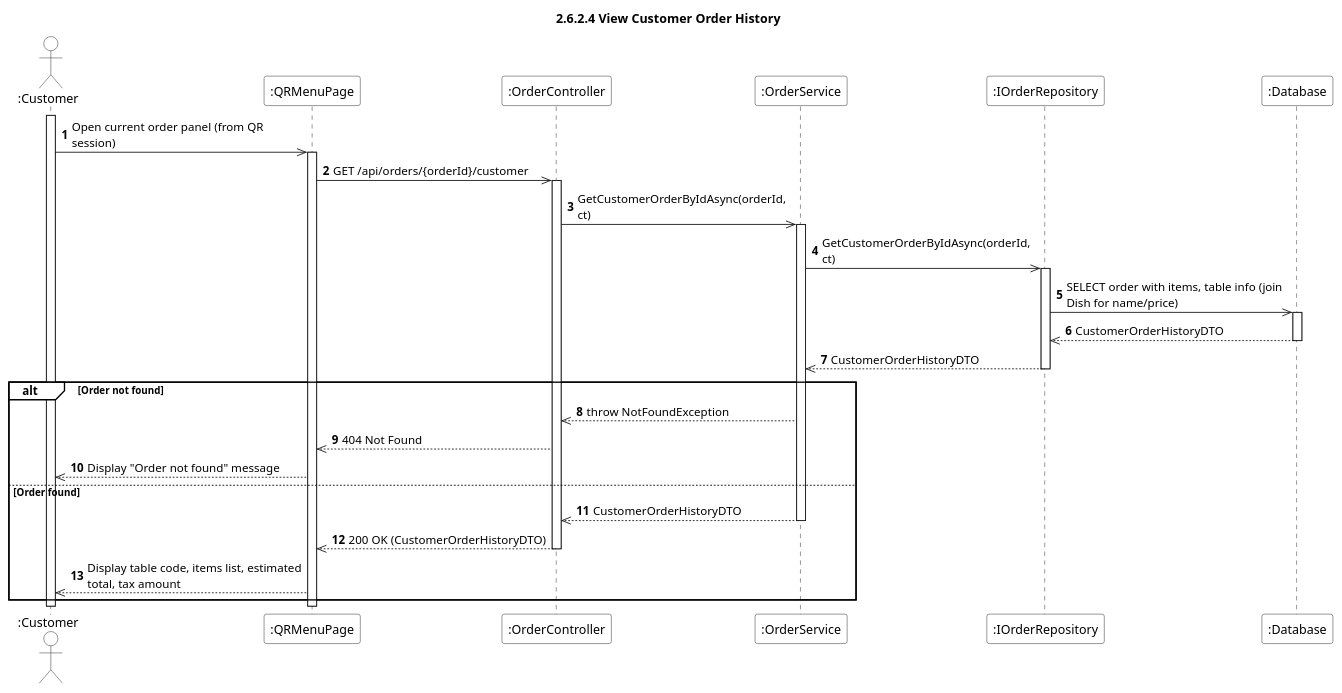
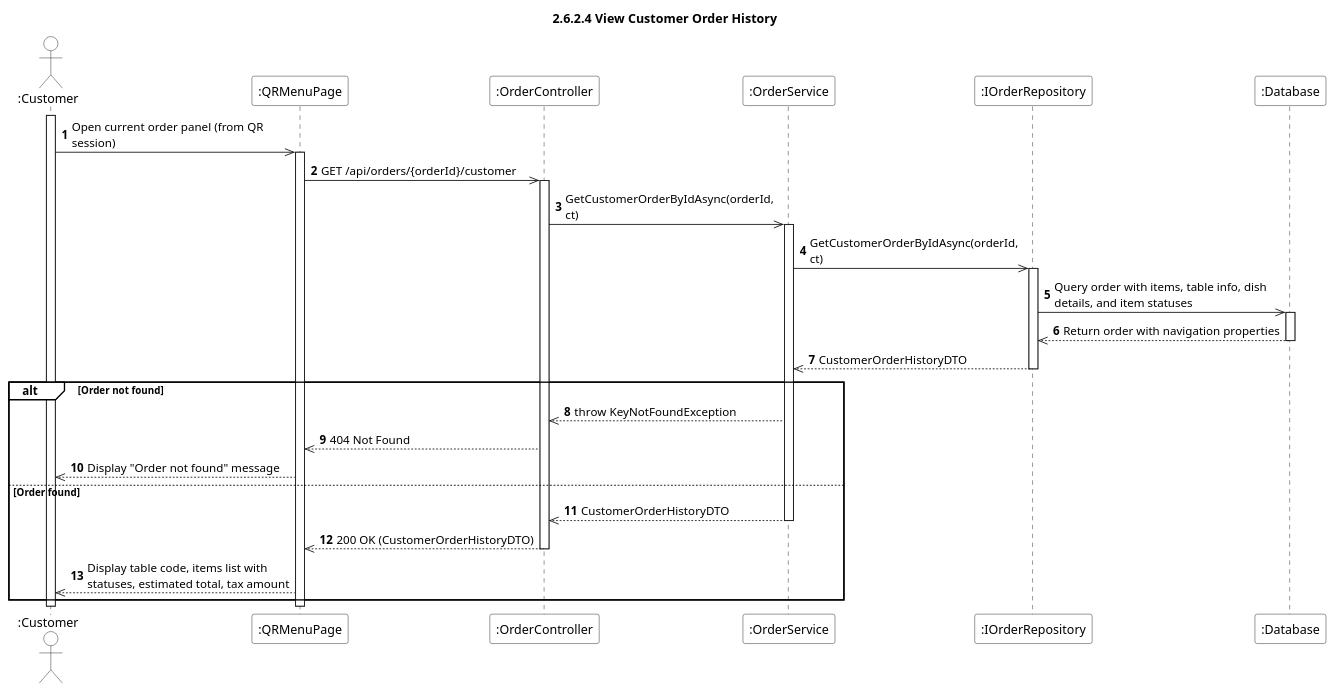
One commit to aulacvietnameseeatery-source/aulac_be changed the diagram in Docs/Software Design Specification/Order Management/sequence-diagrams/2.6.2.4-view-customer-order-history.puml. Above: the diagram before and after it, drawn with PlantUML. The commit also changed 21 other files, not shown here.

```diff
--- a/Docs/Software Design Specification/Order Management/sequence-diagrams/2.6.2.4-view-customer-order-history.puml
+++ b/Docs/Software Design Specification/Order Management/sequence-diagrams/2.6.2.4-view-customer-order-history.puml
@@ -1,56 +1,56 @@
 @startuml
 title 2.6.2.4 View Customer Order History
 
 skinparam maxMessageSize 250
 skinparam sequence {
     ParticipantBackgroundColor #ffffff
     ActorBackgroundColor #ffffff
 }
 
 autonumber
 
 actor ":Customer" as U
 participant ":QRMenuPage" as Client
 participant ":OrderController" as Ctrl
 participant ":OrderService" as Svc
 participant ":IOrderRepository" as OrderRepo
 participant ":Database" as DB
 
 activate U
 
 U ->> Client : Open current order panel (from QR session)
 activate Client
 
 Client ->> Ctrl : GET /api/orders/{orderId}/customer
 activate Ctrl
 
 Ctrl ->> Svc : GetCustomerOrderByIdAsync(orderId, ct)
 activate Svc
 
 Svc ->> OrderRepo : GetCustomerOrderByIdAsync(orderId, ct)
 activate OrderRepo
-OrderRepo ->> DB : SELECT order with items, table info (join Dish for name/price)
+OrderRepo ->> DB : Query order with items, table info, dish details, and item statuses
 activate DB
-DB -->> OrderRepo : CustomerOrderHistoryDTO
+DB -->> OrderRepo : Return order with navigation properties
 deactivate DB
 OrderRepo -->> Svc : CustomerOrderHistoryDTO
 deactivate OrderRepo
 
 alt#White Order not found
-    Svc -->> Ctrl : throw NotFoundException
+    Svc -->> Ctrl : throw KeyNotFoundException
     Ctrl -->> Client : 404 Not Found
     Client -->> U : Display "Order not found" message
 else Order found
     Svc -->> Ctrl : CustomerOrderHistoryDTO
     deactivate Svc
 
     Ctrl -->> Client : 200 OK (CustomerOrderHistoryDTO)
     deactivate Ctrl
 
-    Client -->> U : Display table code, items list, estimated total, tax amount
+    Client -->> U : Display table code, items list with statuses, estimated total, tax amount
 end
 
 deactivate Client
 deactivate U
 
 @enduml
```
